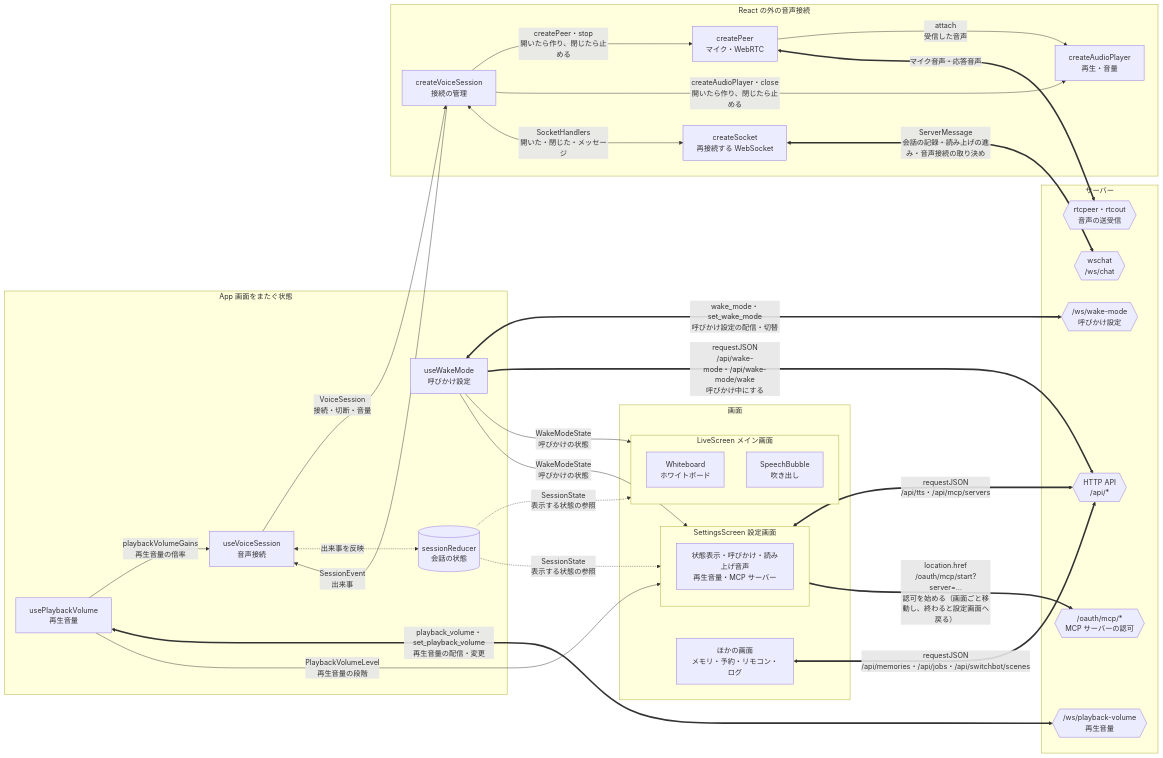
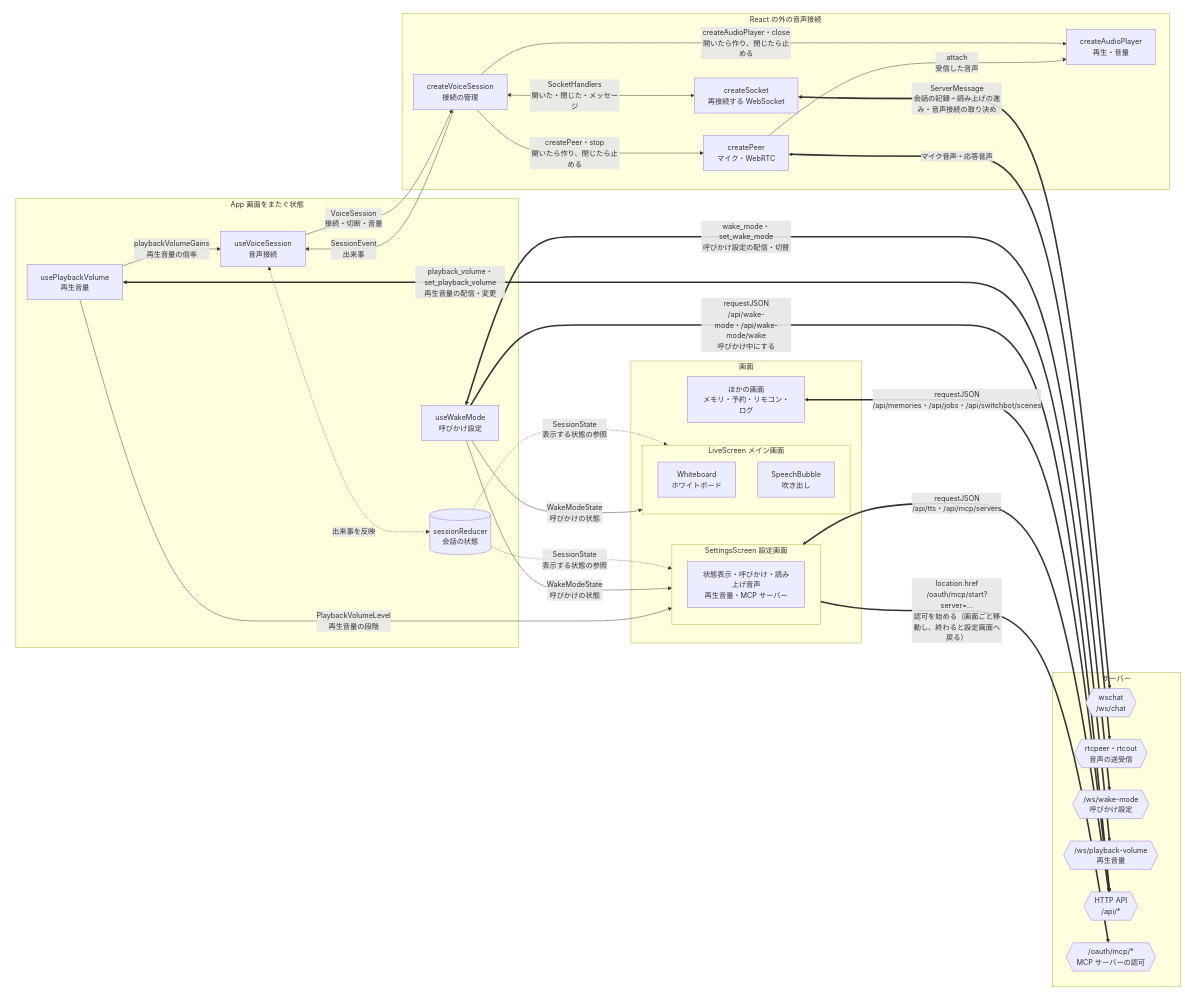
Before and after one commit to tetetratra/smart-speaker: the fourth of 4 diagrams in README.md, drawn with Mermaid.

Commit message:
README の画面の図で、ブラウザ側を見えない囲みでまとめ、囲みを外す前の配置に戻す
囲みを外すと mermaid の配置が崩れて見にくくなったため、枠と見出しを出さない囲みで同じ配置を保つ。

````diff
--- a/README.md
+++ b/README.md
@@ -246,55 +246,60 @@
 ```mermaid
 flowchart LR
-    subgraph app["App 画面をまたぐ状態"]
-        voice["useVoiceSession<br/>音声接続"]
-        wake["useWakeMode<br/>呼びかけ設定"]
-        volume["usePlaybackVolume<br/>再生音量"]
-        state[("sessionReducer<br/>会話の状態")]
-    end
-    subgraph io["React の外の音声接続"]
-        session["createVoiceSession<br/>接続の管理"]
-        socket["createSocket<br/>再接続する WebSocket"]
-        peer["createPeer<br/>マイク・WebRTC"]
-        player["createAudioPlayer<br/>再生・音量"]
-    end
-    subgraph screens["画面"]
-        subgraph live["LiveScreen メイン画面"]
-            whiteboard["Whiteboard<br/>ホワイトボード"]
-            bubble["SpeechBubble<br/>吹き出し"]
+    %% 配置をまとめるための見えない囲み（枠と見出しは出さない）
+    subgraph web[" "]
+        subgraph app["App 画面をまたぐ状態"]
+            voice["useVoiceSession<br/>音声接続"]
+            wake["useWakeMode<br/>呼びかけ設定"]
+            volume["usePlaybackVolume<br/>再生音量"]
+            state[("sessionReducer<br/>会話の状態")]
         end
-        subgraph settings["SettingsScreen 設定画面"]
-            parts["状態表示・呼びかけ・読み上げ音声<br/>再生音量・MCP サーバー"]
+        subgraph io["React の外の音声接続"]
+            session["createVoiceSession<br/>接続の管理"]
+            socket["createSocket<br/>再接続する WebSocket"]
+            peer["createPeer<br/>マイク・WebRTC"]
+            player["createAudioPlayer<br/>再生・音量"]
         end
-        pages["ほかの画面<br/>メモリ・予約・リモコン・ログ"]
+        subgraph screens["画面"]
+            subgraph live["LiveScreen メイン画面"]
+                whiteboard["Whiteboard<br/>ホワイトボード"]
+                bubble["SpeechBubble<br/>吹き出し"]
+            end
+            subgraph settings["SettingsScreen 設定画面"]
+                parts["状態表示・呼びかけ・読み上げ音声<br/>再生音量・MCP サーバー"]
+            end
+            pages["ほかの画面<br/>メモリ・予約・リモコン・ログ"]
+        end
     end
 
     subgraph server["サーバー"]
         chat{{"wschat<br/>/ws/chat"}}
         rtc{{"rtcpeer・rtcout<br/>音声の送受信"}}
         wsWake{{"/ws/wake-mode<br/>呼びかけ設定"}}
         wsVolume{{"/ws/playback-volume<br/>再生音量"}}
         httpAPI{{"HTTP API<br/>/api/*"}}
         oauthMCP{{"/oauth/mcp/*<br/>MCP サーバーの認可"}}
     end
 
     voice -->|"VoiceSession<br/>接続・切断・音量"| session
     session -->|"SessionEvent<br/>出来事"| voice
     session -->|"createPeer・stop<br/>開いたら作り、閉じたら止める"| peer
     session -->|"createAudioPlayer・close<br/>開いたら作り、閉じたら止める"| player
     session <-->|"SocketHandlers<br/>開いた・閉じた・メッセージ"| socket
     peer -->|"attach<br/>受信した音声"| player
     voice <-.->|"出来事を反映"| state
     state -.->|"SessionState<br/>表示する状態の参照"| live & settings
     wake -->|"WakeModeState<br/>呼びかけの状態"| live & settings
     volume -->|"PlaybackVolumeLevel<br/>再生音量の段階"| settings
     volume -->|"playbackVolumeGains<br/>再生音量の倍率"| voice
 
     socket <==>|"ServerMessage<br/>会話の記録・読み上げの進み・音声接続の取り決め"| chat
     peer <==>|"マイク音声・応答音声"| rtc
     wake <==>|"wake_mode・set_wake_mode<br/>呼びかけ設定の配信・切替"| wsWake
     wake ==>|"requestJSON<br/>/api/wake-mode・/api/wake-mode/wake<br/>呼びかけ中にする"| httpAPI
     volume <==>|"playback_volume・set_playback_volume<br/>再生音量の配信・変更"| wsVolume
     settings <==>|"requestJSON<br/>/api/tts・/api/mcp/servers"| httpAPI
     settings ==>|"location.href<br/>/oauth/mcp/start?server=…<br/>認可を始める（画面ごと移動し、終わると設定画面へ戻る）"| oauthMCP
     pages <==>|"requestJSON<br/>/api/memories・/api/jobs・/api/switchbot/scenes"| httpAPI
+
+    style web fill:none,stroke:none
 ```
````
